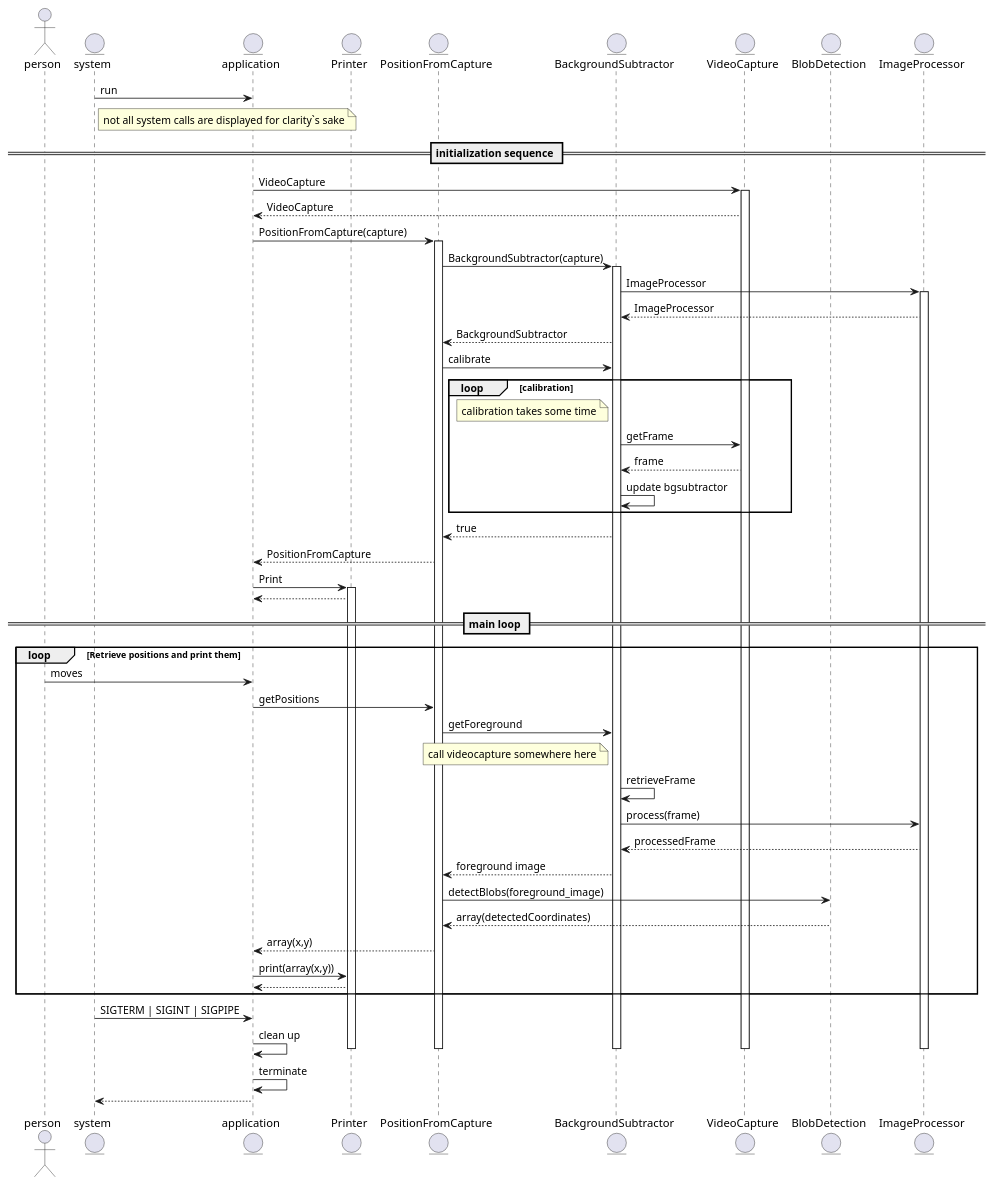
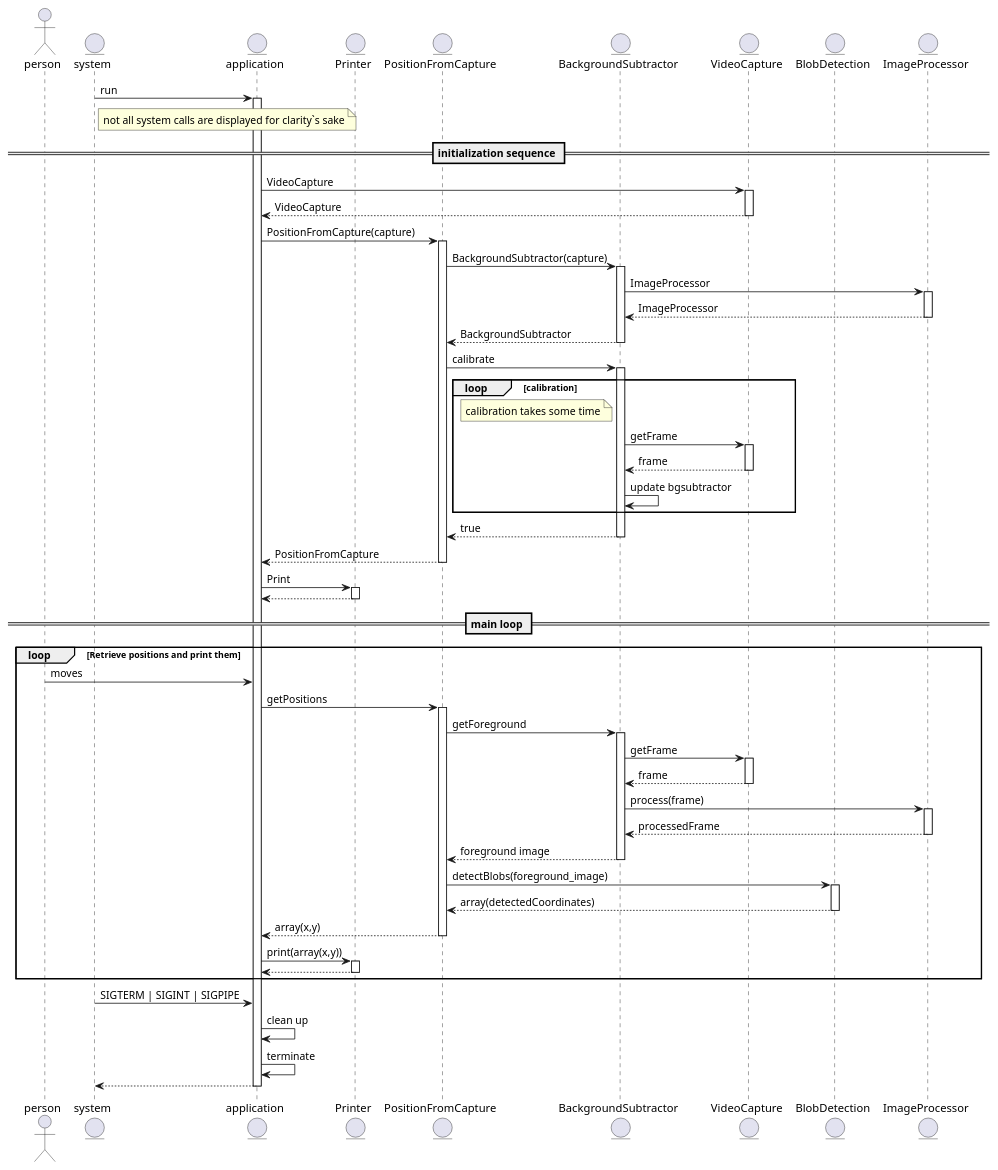
The diagram in docs/plantuml sources/sequence_blob.plantuml (Mindavi/Positiebepalingssysteem), drawn with PlantUML before and after one commit. The commit also changed 1 other file, not shown here.

Commit message:
Updated sequence diagram, and added an image of it.

```diff
--- a/docs/plantuml sources/sequence_blob.plantuml
+++ b/docs/plantuml sources/sequence_blob.plantuml
@@ -1,78 +1,102 @@
 @startuml
 
 actor person
 entity system
 entity application
 entity Printer as print
 entity PositionFromCapture as pos
 entity BackgroundSubtractor as bg
 entity VideoCapture as vc
 entity BlobDetection as bd
 entity ImageProcessor as img
 
 system -> application : run
+activate application
+
 'there are several system calls, e.g. to the camera, for printing data etc.
 note right of system : not all system calls are displayed for clarity`s sake
 
 == initialization sequence ==
 'when an object is created, activate after construction or before construction?'
 application -> vc : VideoCapture
 activate vc
 vc --> application : VideoCapture
+deactivate vc
 application -> pos : PositionFromCapture(capture)
 activate pos
 pos -> bg : BackgroundSubtractor(capture)
 activate bg
 bg -> img : ImageProcessor
 activate img
 img --> bg : ImageProcessor
+deactivate img
 bg --> pos : BackgroundSubtractor
+deactivate bg
 pos -> bg : calibrate
+activate bg
 loop calibration
 note left of bg : calibration takes some time
 bg -> vc : getFrame
+activate vc
 vc --> bg : frame
+deactivate vc
 bg -> bg : update bgsubtractor
 end
 bg --> pos : true
+deactivate bg
 pos --> application : PositionFromCapture
+deactivate pos
 application -> print : Print
 activate print
 print --> application
+deactivate print
 
 
 
 == main loop ==
 loop Retrieve positions and print them
 person -> application: moves
 application -> pos : getPositions
+activate pos
 pos -> bg : getForeground
-note left of bg : call videocapture somewhere here
-bg -> bg : retrieveFrame
+activate bg
+bg -> vc : getFrame
+activate vc
+vc --> bg : frame
+deactivate vc
 bg -> img : process(frame)
+activate img
 img --> bg : processedFrame
+deactivate img
 'FIXME syntax'
 bg --> pos : foreground image
+deactivate bg
 pos -> bd: detectBlobs(foreground_image)
+activate bd
 bd --> pos: array(detectedCoordinates)
+deactivate bd
 
 'FIXME syntax'
 pos --> application : array(x,y)
+deactivate pos
 application -> print : print(array(x,y))
+activate print
 print --> application
+deactivate print
 
 end
 
 system -> application : SIGTERM | SIGINT | SIGPIPE
 application -> application : clean up
 deactivate pos
 deactivate bg
 deactivate vc
 deactivate bd
 deactivate img
 deactivate print
 application -> application : terminate
 application --> system
+deactivate application
 
 
 @enduml
```
